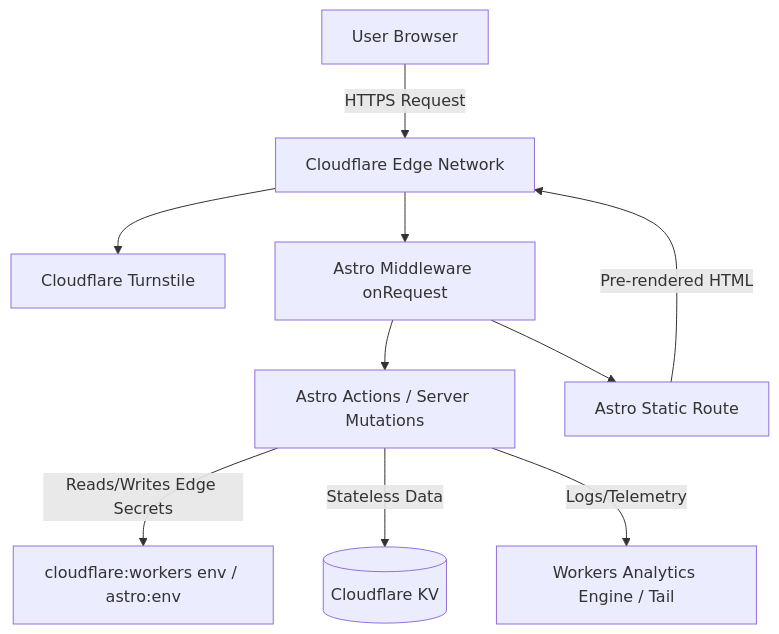
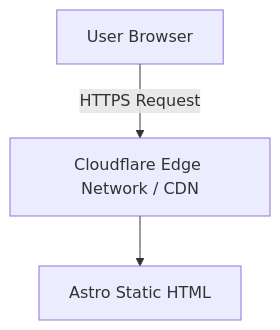
One commit to TerribleTurtle/TerribleTurtles.dev changed the diagram in Software_Design_Document.md. Above: the diagram before and after it, drawn with Mermaid. The commit also changed other lines of this file and 11 other files, not shown here.

````diff
--- a/Software_Design_Document.md
+++ b/Software_Design_Document.md
@@ -21,12 +18,5 @@
 ```mermaid
 graph TD
-    Client[User Browser] -->|HTTPS Request| CFEdge[Cloudflare Edge Network]
-    CFEdge --> Turnstile[Cloudflare Turnstile]
-    CFEdge --> Middleware[Astro Middleware onRequest]
-    Middleware --> Actions[Astro Actions / Server Mutations]
-    Actions -->|Reads/Writes Edge Secrets| EnvBindings[cloudflare:workers env / astro:env]
-    Actions -->|Stateless Data| KV[(Cloudflare KV)]
-    Actions -->|Logs/Telemetry| Tail[Workers Analytics Engine / Tail]
-    Middleware --> PageRoute[Astro Static Route]
-    PageRoute -->|Pre-rendered HTML| CFEdge
+    Client[User Browser] -->|HTTPS Request| CFEdge[Cloudflare Edge Network / CDN]
+    CFEdge --> PageRoute[Astro Static HTML]
 ```
````
